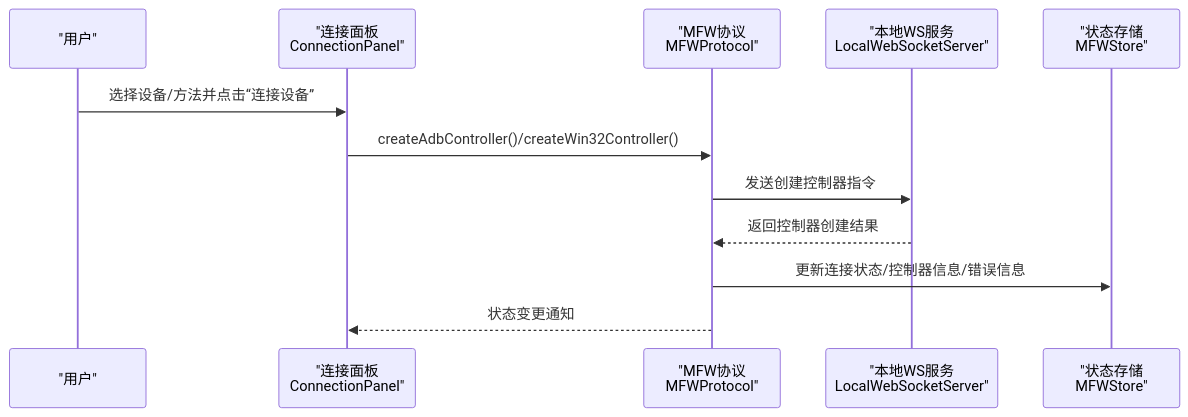
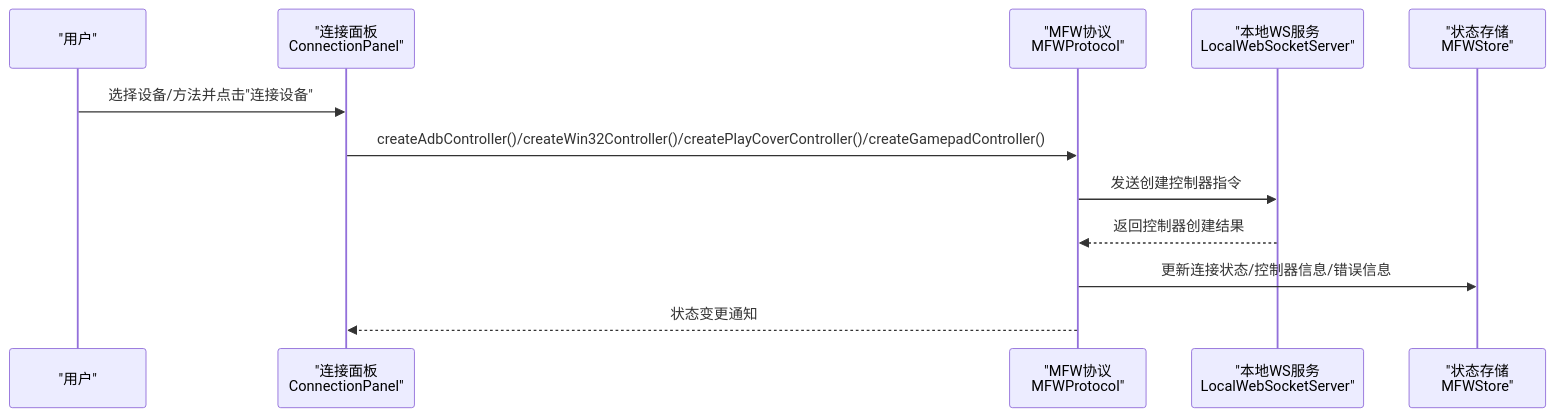
One commit to kqcoxn/MaaPipelineEditor changed the second of 8 diagrams in .qoder/repowiki/zh/content/核心概念/连接面板.md. Above: the diagram before and after it, drawn with Mermaid. The commit also changed other lines of this file and 8 other files, not shown here.

````diff
--- a/.qoder/repowiki/zh/content/核心概念/连接面板.md
+++ b/.qoder/repowiki/zh/content/核心概念/连接面板.md
@@ -137,14 +159,14 @@
 ```mermaid
 sequenceDiagram
 participant U as "用户"
 participant CP as "连接面板<br/>ConnectionPanel"
 participant MP as "MFW协议<br/>MFWProtocol"
 participant WS as "本地WS服务<br/>LocalWebSocketServer"
 participant MS as "状态存储<br/>MFWStore"
-U->>CP : 选择设备/方法并点击“连接设备”
-CP->>MP : createAdbController()/createWin32Controller()
+U->>CP : 选择设备/方法并点击"连接设备"
+CP->>MP : createAdbController()/createWin32Controller()/createPlayCoverController()/createGamepadController()
 MP->>WS : 发送创建控制器指令
 WS-->>MP : 返回控制器创建结果
 MP->>MS : 更新连接状态/控制器信息/错误信息
 MP-->>CP : 状态变更通知
 ```
````
